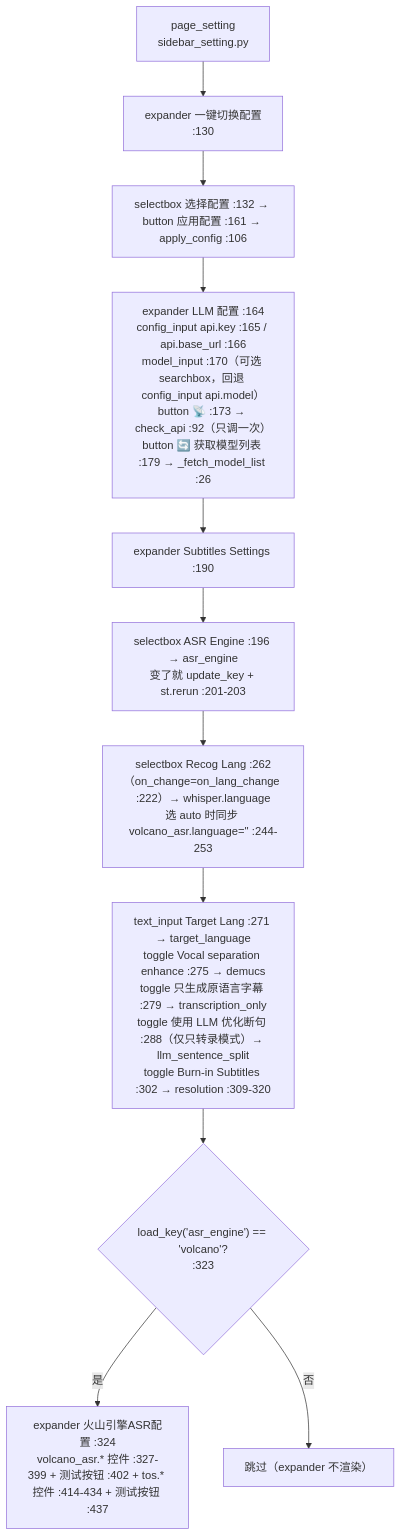
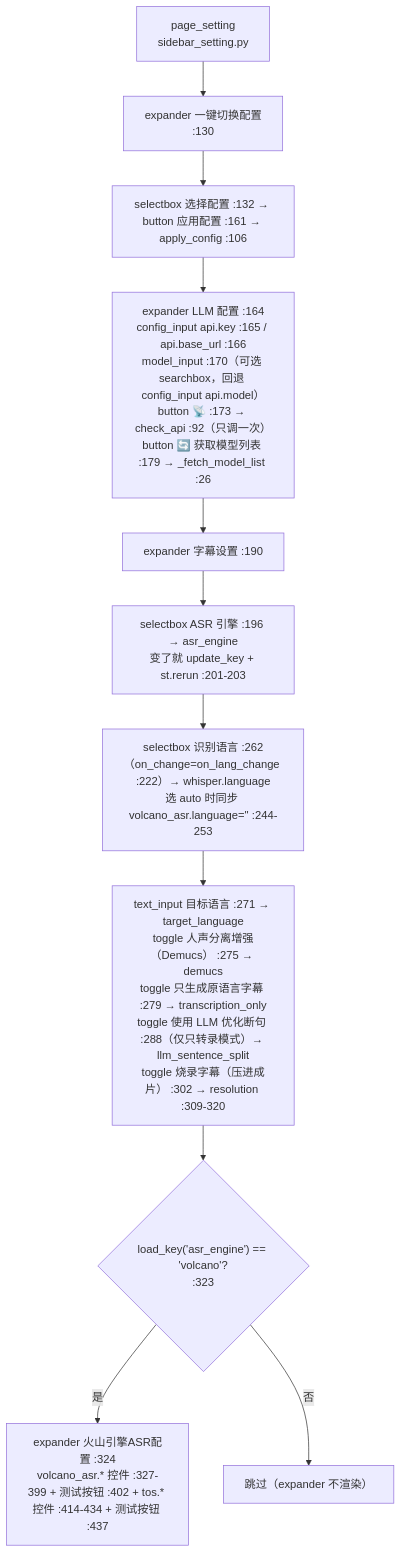
One commit to Brzjomo/VideoLingoMove changed the second of 3 diagrams in devdocs/04-interfaces/02-Streamlit界面组件.md. Above: the diagram before and after it, drawn with Mermaid. The commit also changed other lines of this file and 31 other files, not shown here.

````diff
--- a/devdocs/04-interfaces/02-Streamlit界面组件.md
+++ b/devdocs/04-interfaces/02-Streamlit界面组件.md
@@ -86,13 +104,13 @@
 ```mermaid
 flowchart TD
  A["page_setting<br/>sidebar_setting.py"] --> B["expander 一键切换配置<br/>:130"]
  B --> C["selectbox 选择配置 :132 → button 应用配置 :161 → apply_config :106"]
  C --> D["expander LLM 配置 :164<br/>config_input api.key :165 / api.base_url :166<br/>model_input :170（可选 searchbox，回退 config_input api.model）<br/>button 📡 :173 → check_api :92（只调一次）<br/>button 🔄 获取模型列表 :179 → _fetch_model_list :26"]
- D --> E["expander Subtitles Settings :190"]
- E --> F["selectbox ASR Engine :196 → asr_engine<br/>变了就 update_key + st.rerun :201-203"]
- F --> G["selectbox Recog Lang :262（on_change=on_lang_change :222）→ whisper.language<br/>选 auto 时同步 volcano_asr.language='' :244-253"]
- G --> H["text_input Target Lang :271 → target_language<br/>toggle Vocal separation enhance :275 → demucs<br/>toggle 只生成原语言字幕 :279 → transcription_only<br/>toggle 使用 LLM 优化断句 :288（仅只转录模式）→ llm_sentence_split<br/>toggle Burn-in Subtitles :302 → resolution :309-320"]
+ D --> E["expander 字幕设置 :190"]
+ E --> F["selectbox ASR 引擎 :196 → asr_engine<br/>变了就 update_key + st.rerun :201-203"]
+ F --> G["selectbox 识别语言 :262（on_change=on_lang_change :222）→ whisper.language<br/>选 auto 时同步 volcano_asr.language='' :244-253"]
+ G --> H["text_input 目标语言 :271 → target_language<br/>toggle 人声分离增强（Demucs） :275 → demucs<br/>toggle 只生成原语言字幕 :279 → transcription_only<br/>toggle 使用 LLM 优化断句 :288（仅只转录模式）→ llm_sentence_split<br/>toggle 烧录字幕（压进成片） :302 → resolution :309-320"]
  H --> I{"load_key('asr_engine') == 'volcano'?<br/>:323"}
  I -- 是 --> J["expander 火山引擎ASR配置 :324<br/>volcano_asr.* 控件 :327-399 + 测试按钮 :402 + tos.* 控件 :414-434 + 测试按钮 :437"]
  I -- 否 --> K["跳过（expander 不渲染）"]
 ```
````
